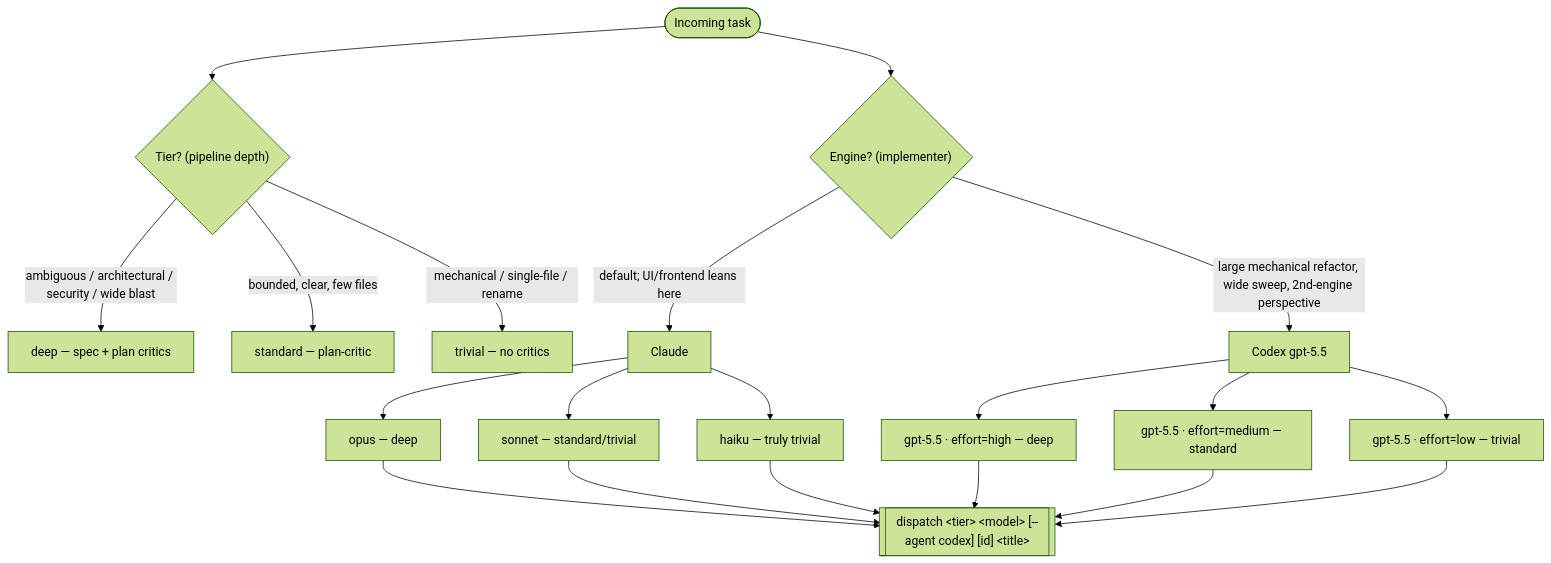
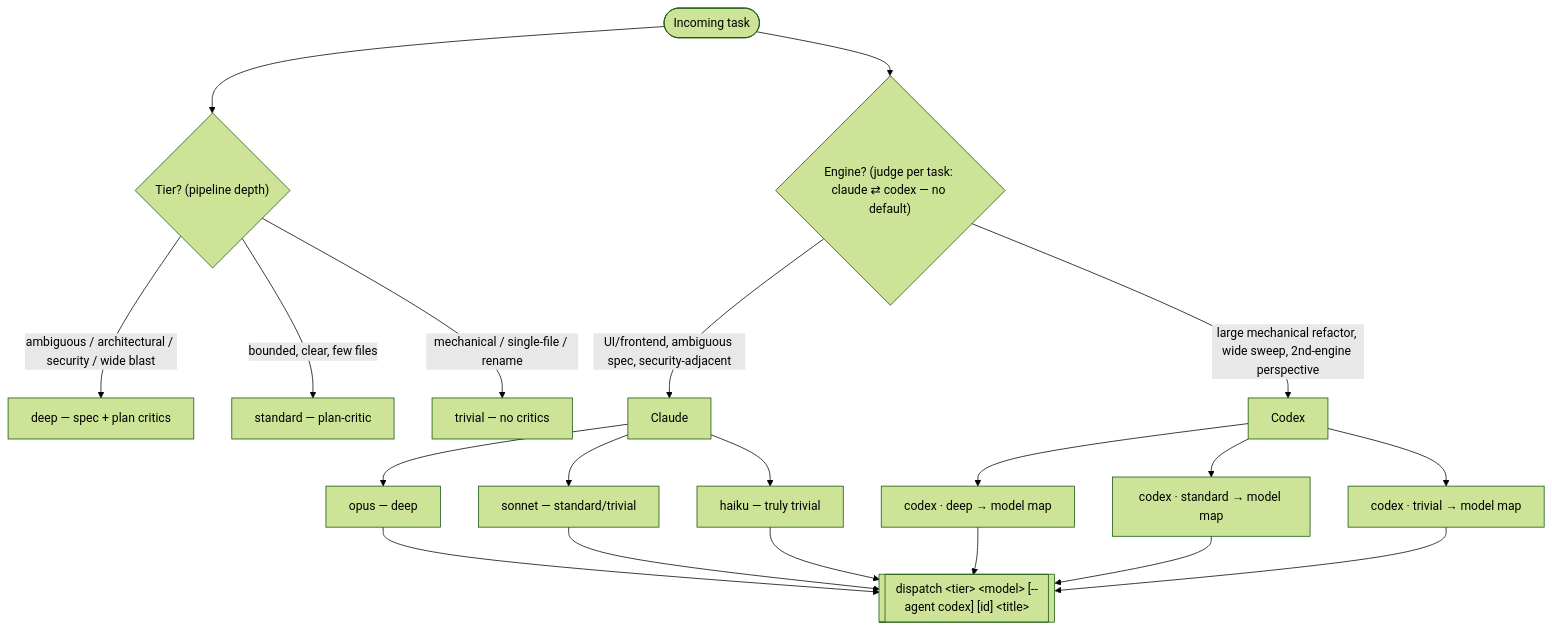
Before and after one commit to noamsto/nix-config: the diagram in home/ai/claude-code/dispatch-orchestration.md, drawn with Mermaid (forest theme). The commit also changed other lines of this file, not shown here.

Commit message:
feat(dispatcher): model map + co-equal engine branch in orchestration doc

````diff
--- a/home/ai/claude-code/dispatch-orchestration.md
+++ b/home/ai/claude-code/dispatch-orchestration.md
@@ -5,26 +5,26 @@
 ```mermaid
 flowchart TD
     T(["Incoming task"]) --> TIER{"Tier? (pipeline depth)"}
-    T --> ENG{"Engine? (implementer)"}
+    T --> ENG{"Engine? (judge per task: claude ⇄ codex — no default)"}
 
     TIER -->|"ambiguous / architectural / security / wide blast"| DEEP["deep — spec + plan critics"]
     TIER -->|"bounded, clear, few files"| STD["standard — plan-critic"]
     TIER -->|"mechanical / single-file / rename"| TRIV["trivial — no critics"]
 
-    ENG -->|"large mechanical refactor, wide sweep, 2nd-engine perspective"| CODEX["Codex gpt-5.5"]
-    ENG -->|"default; UI/frontend leans here"| CLAUDE["Claude"]
+    ENG -->|"large mechanical refactor, wide sweep, 2nd-engine perspective"| CODEX["Codex"]
+    ENG -->|"UI/frontend, ambiguous spec, security-adjacent"| CLAUDE["Claude"]
 
     CLAUDE --> OPUS["opus — deep"]
     CLAUDE --> SONNET["sonnet — standard/trivial"]
     CLAUDE --> HAIKU["haiku — truly trivial"]
-    CODEX --> GH["gpt-5.5 · effort=high — deep"]
-    CODEX --> GM["gpt-5.5 · effort=medium — standard"]
-    CODEX --> GL["gpt-5.5 · effort=low — trivial"]
+    CODEX --> GH["codex · deep → model map"]
+    CODEX --> GM["codex · standard → model map"]
+    CODEX --> GL["codex · trivial → model map"]
 
     OPUS --> D[["dispatch &lt;tier&gt; &lt;model&gt; [--agent codex] [id] &lt;title&gt;"]]
     SONNET --> D
     HAIKU --> D
     GH --> D
     GM --> D
     GL --> D
 ```
````
